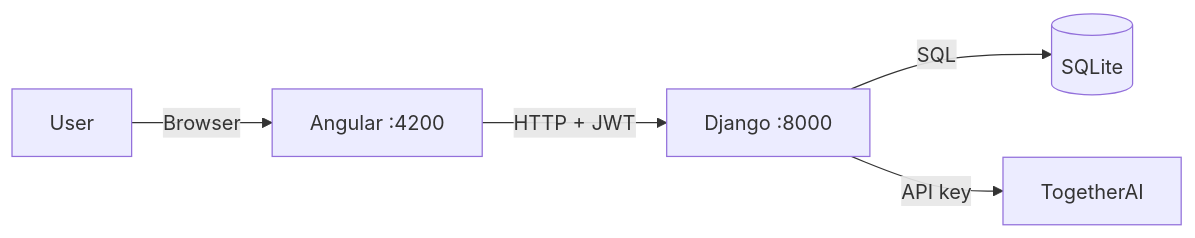
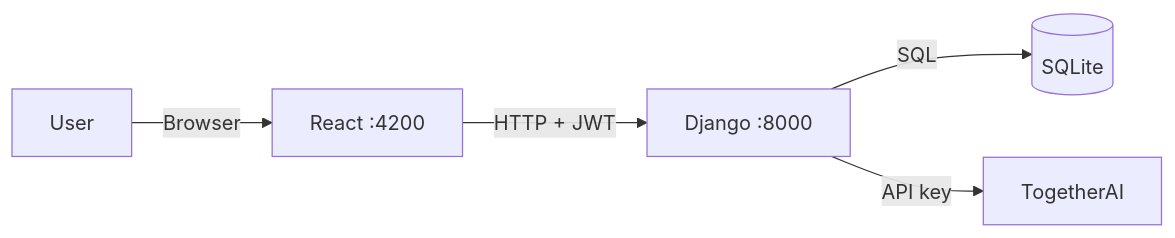
Before and after one commit to Fezzaioussama/AIMIx: the diagram in README.md, drawn with Mermaid. The commit also changed other lines of this file and 81 other files, not shown here.

````diff
--- a/README.md
+++ b/README.md
@@ -44,7 +44,7 @@
 ```mermaid
 graph LR
-    User -->|Browser| FE["Angular :4200"]
+    User -->|Browser| FE["React :4200"]
     FE -->|"HTTP + JWT"| BE["Django :8000"]
     BE -->|SQL| DB[("SQLite")]
     BE -->|API key| AI["TogetherAI"]
 ```
````
